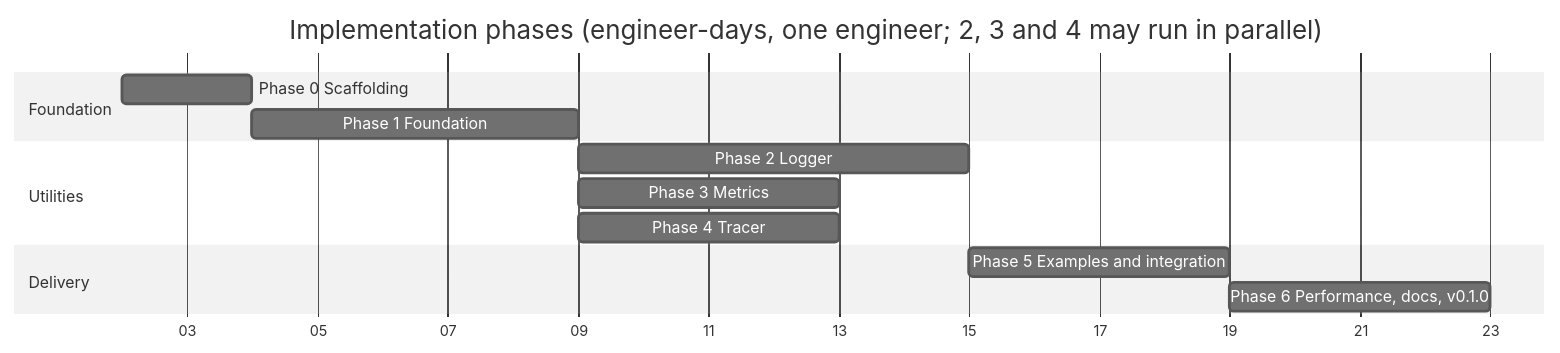
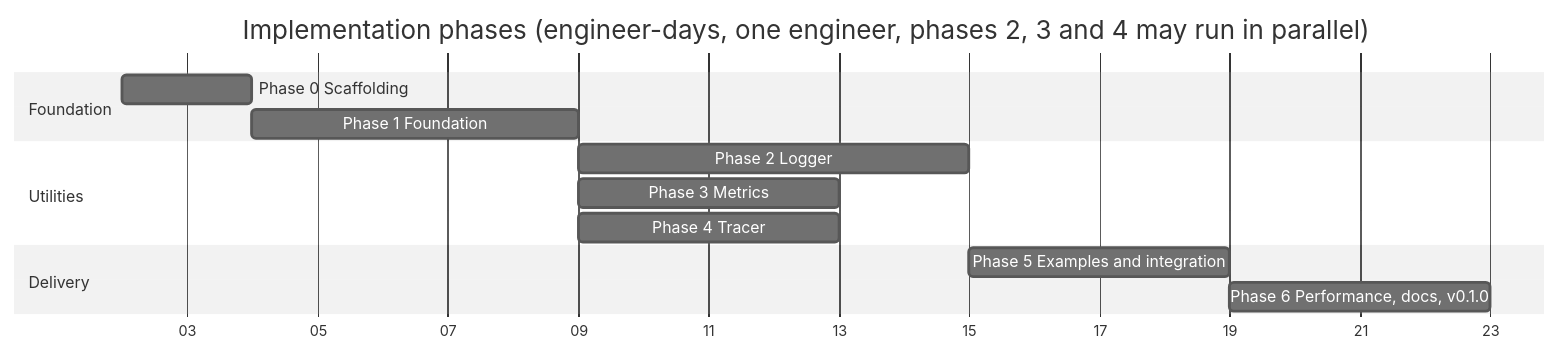
Before and after one commit to christiangda/powertools-lambda-go-plan: the first of 2 diagrams in 07-roadmap.md, drawn with Mermaid (neutral theme). The commit also changed 6 other files, not shown here.

First line of the commit message:
Fix Mermaid diagrams for GitHub rendering

````diff
--- a/07-roadmap.md
+++ b/07-roadmap.md
@@ -7,16 +7,16 @@
 ```mermaid
 gantt
-  title Implementation phases (engineer-days, one engineer; 2, 3 and 4 may run in parallel)
+  title Implementation phases (engineer-days, one engineer, phases 2, 3 and 4 may run in parallel)
   dateFormat YYYY-MM-DD
   axisFormat %d
   section Foundation
     Phase 0 Scaffolding          :p0, 2026-11-02, 2d
     Phase 1 Foundation           :p1, after p0, 5d
   section Utilities
     Phase 2 Logger               :p2, after p1, 6d
     Phase 3 Metrics              :p3, after p1, 4d
     Phase 4 Tracer               :p4, after p1, 4d
   section Delivery
     Phase 5 Examples and integration :p5, after p2, 4d
     Phase 6 Performance, docs, v0.1.0 :p6, after p5, 4d
 ```
````
